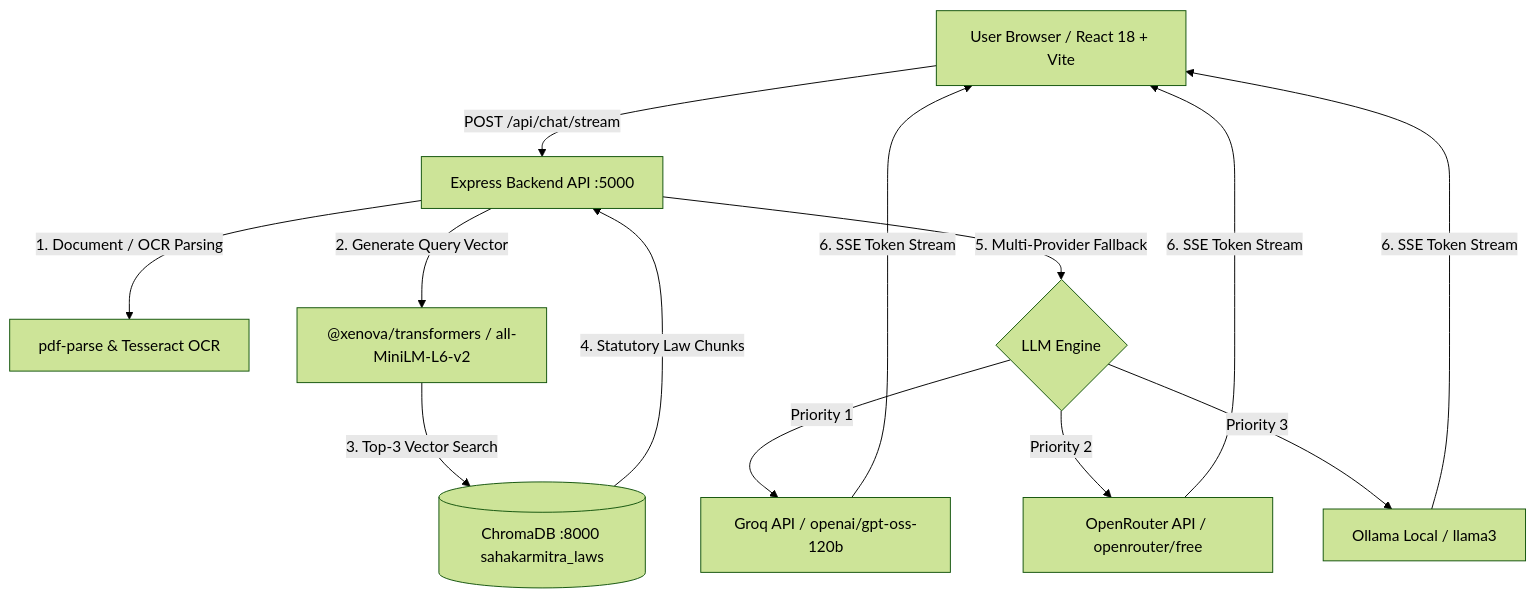
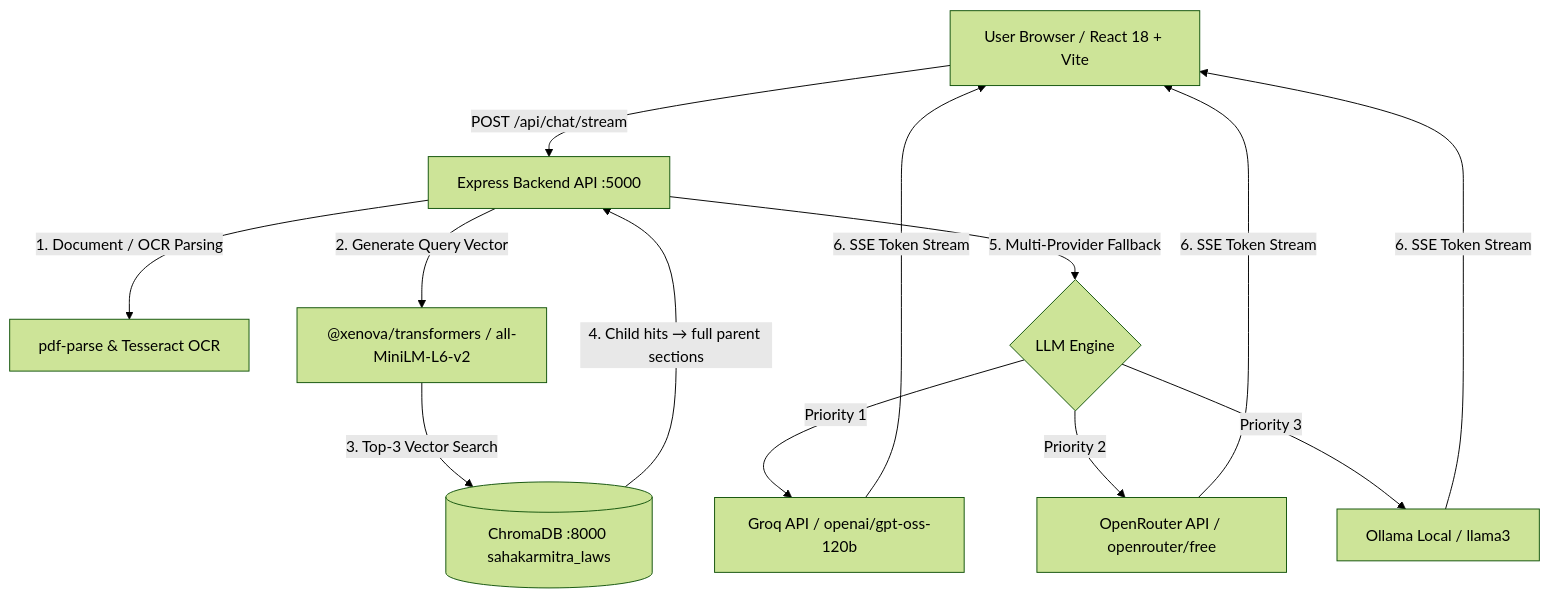
The diagram in README.md (PaswanRaunak/sahakarmitra), drawn with Mermaid (forest theme) before and after one commit. The commit also changed other lines of this file and 21 other files, not shown here.

Commit message:
feat(rag): add parent-child chunking, zero-downtime vector reindexing, diff engine, and validation suites

````diff
--- a/README.md
+++ b/README.md
@@ -41,15 +43,15 @@
 ```mermaid
 graph TD
     A["User Browser / React 18 + Vite"] -->|"POST /api/chat/stream"| B["Express Backend API :5000"]
     B -->|"1. Document / OCR Parsing"| C["pdf-parse & Tesseract OCR"]
     B -->|"2. Generate Query Vector"| D["@xenova/transformers / all-MiniLM-L6-v2"]
     D -->|"3. Top-3 Vector Search"| E[("ChromaDB :8000 sahakarmitra_laws")]
-    E -->|"4. Statutory Law Chunks"| B
+    E -->|"4. Child hits → full parent sections"| B
     B -->|"5. Multi-Provider Fallback"| F{"LLM Engine"}
     F -->|"Priority 1"| G["Groq API / openai/gpt-oss-120b"]
     F -->|"Priority 2"| H["OpenRouter API / openrouter/free"]
     F -->|"Priority 3"| I["Ollama Local / llama3"]
     G -->|"6. SSE Token Stream"| A
     H -->|"6. SSE Token Stream"| A
     I -->|"6. SSE Token Stream"| A
 ```
````
